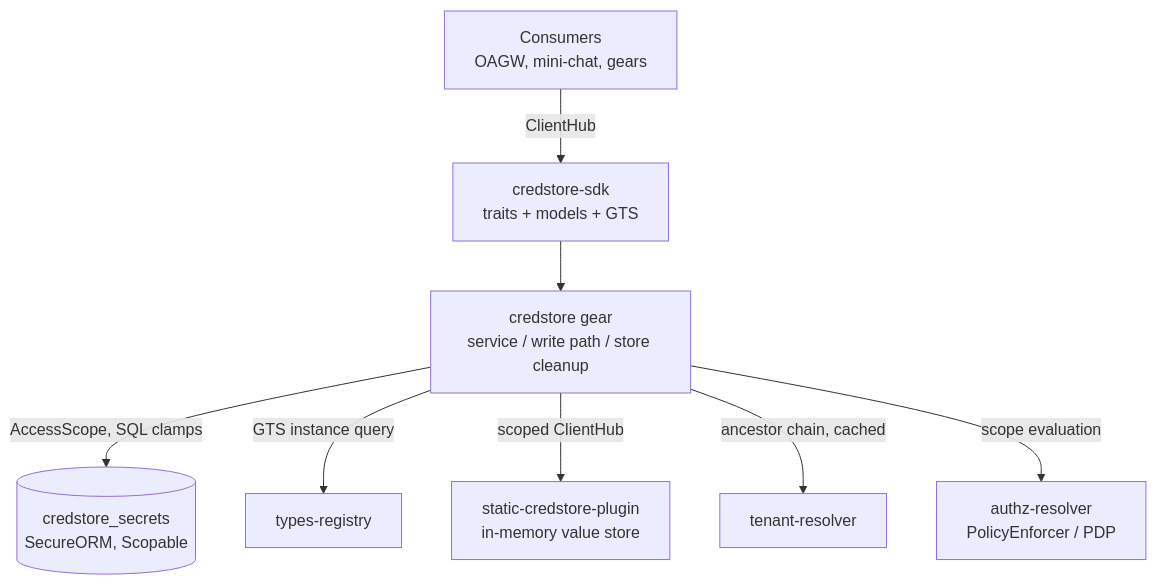
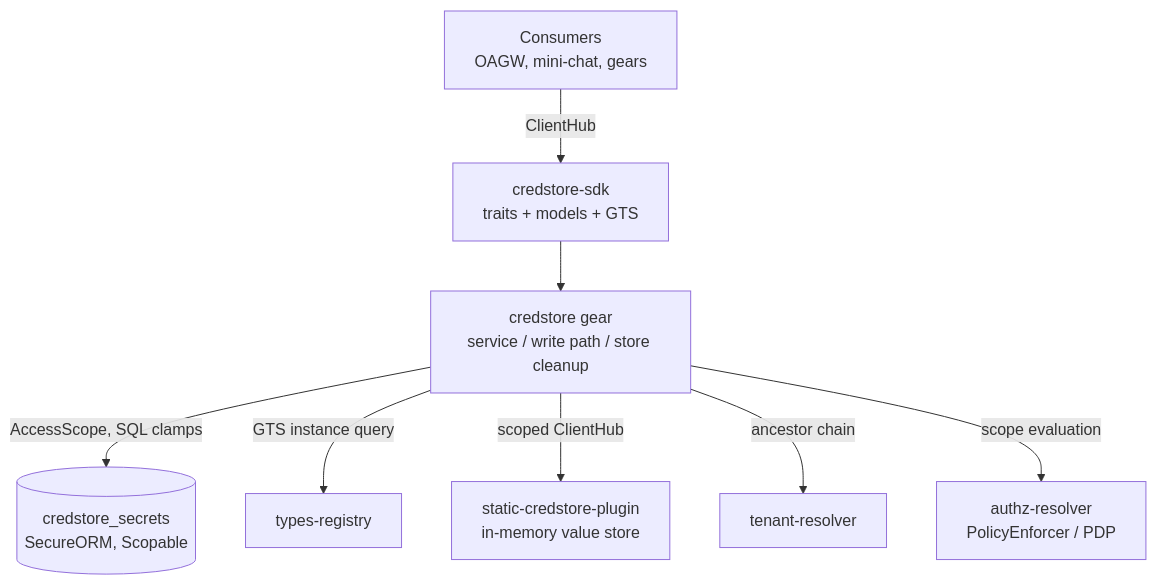
One commit to ffedoroff/gears-rust changed the first of 5 diagrams in gears/credstore/docs/DESIGN.md. Above: the diagram before and after it, drawn with Mermaid. The commit also changed other lines of this file and 17 other files, not shown here.

First line of the commit message:
refactor(credstore): drop the ancestor-chain cache; docs: tolerated faults only

````diff
--- a/gears/credstore/docs/DESIGN.md
+++ b/gears/credstore/docs/DESIGN.md
@@ -305,19 +305,19 @@
 ```mermaid
 graph TB
     Consumer[Consumers<br/>OAGW, mini-chat, gears]
     SDK[credstore-sdk<br/>traits + models + GTS]
     GW[credstore gear<br/>service / write path / store cleanup]
     REPO[(credstore_secrets<br/>SecureORM, Scopable)]
     SP[static-credstore-plugin<br/>in-memory value store]
     PDP[authz-resolver<br/>PolicyEnforcer / PDP]
     TR[tenant-resolver]
     TReg[types-registry]
 
     Consumer -->|ClientHub| SDK
     SDK --> GW
     GW -->|AccessScope, SQL clamps| REPO
     GW -->|GTS instance query| TReg
     GW -->|scoped ClientHub| SP
-    GW -->|ancestor chain, cached| TR
+    GW -->|ancestor chain| TR
     GW -->|scope evaluation| PDP
 ```
````
